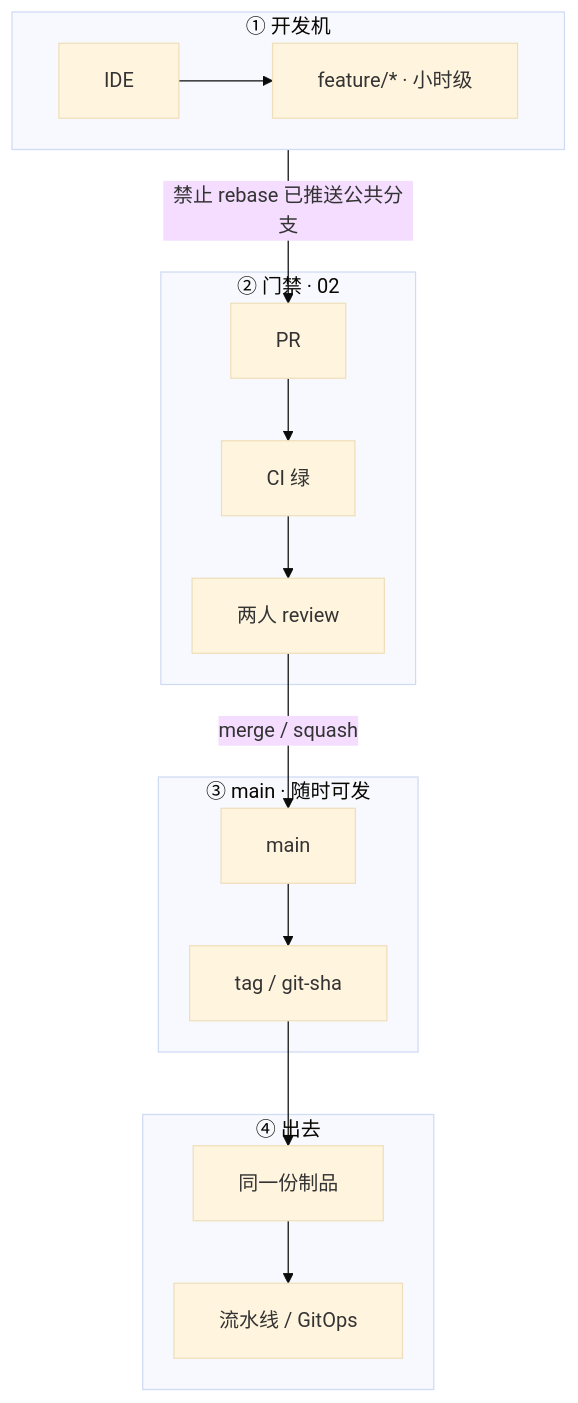
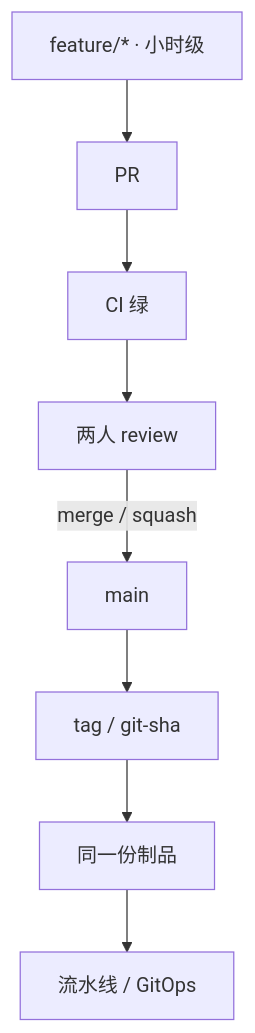
One commit to ml-cuizijun/LearnToLilith changed the second of 7 diagrams in 04-工程化与自动化/01-Git工作流/知识点.md. Above: the diagram before and after it, drawn with Mermaid. The commit also changed other lines of this file and 178 other files, not shown here.

````diff
--- a/04-工程化与自动化/01-Git工作流/知识点.md
+++ b/04-工程化与自动化/01-Git工作流/知识点.md
@@ -94,39 +89,10 @@
 ```mermaid
-%%{init: {"flowchart": {"padding": 18, "nodeSpacing": 30, "rankSpacing": 50}, "theme": "base"}}%%
 flowchart TB
-    subgraph local ["① 开发机"]
-        direction LR
-        ide[IDE]
-        feat["feature/* · 小时级"]
-        ide --> feat
-    end
-
-    subgraph gate ["② 门禁 · 02"]
-        pr[PR]
-        ci[CI 绿]
-        rv[两人 review]
-        pr --> ci --> rv
-    end
-
-    subgraph trunk ["③ main · 随时可发"]
-        main[main]
-        tag["tag / git-sha"]
-        main --> tag
-    end
-
-    subgraph out ["④ 出去"]
-        art[同一份制品]
-        cd[流水线 / GitOps]
-        art --> cd
-    end
-
-    feat -->|"禁止 rebase 已推送公共分支"| pr
-    rv -->|"merge / squash"| main
-    tag --> art
-
-    class ci,rv,pr gateC
-    class main,tag trunkC
-    class ide,feat localC
-    class art,cd outC
-
+    feat["feature/* · 小时级"] --> pr[PR]
+    pr --> ci[CI 绿]
+    ci --> rv[两人 review]
+    rv -->|"merge / squash"| main[main]
+    main --> tag["tag / git-sha"]
+    tag --> art[同一份制品]
+    art --> cd[流水线 / GitOps]
 ```
````
